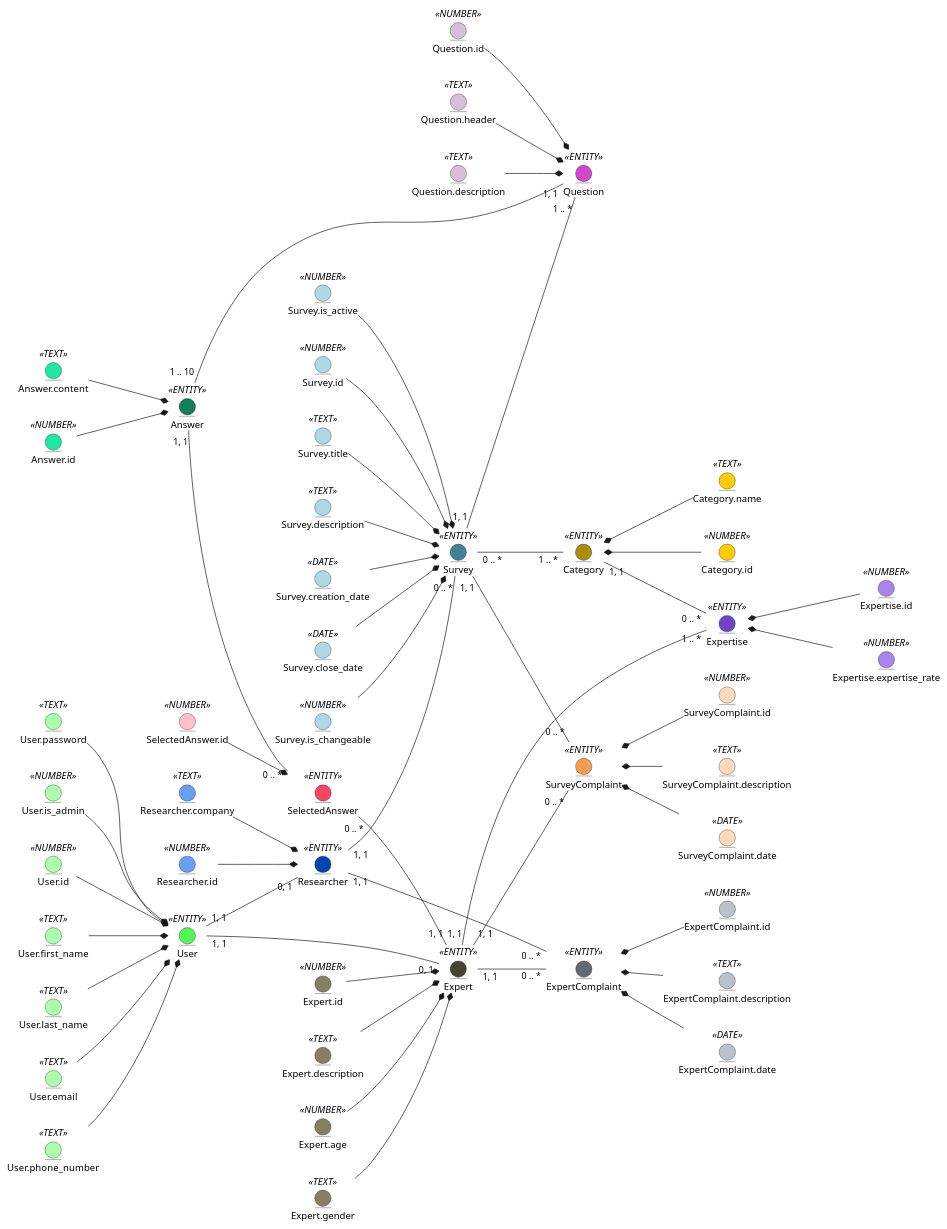
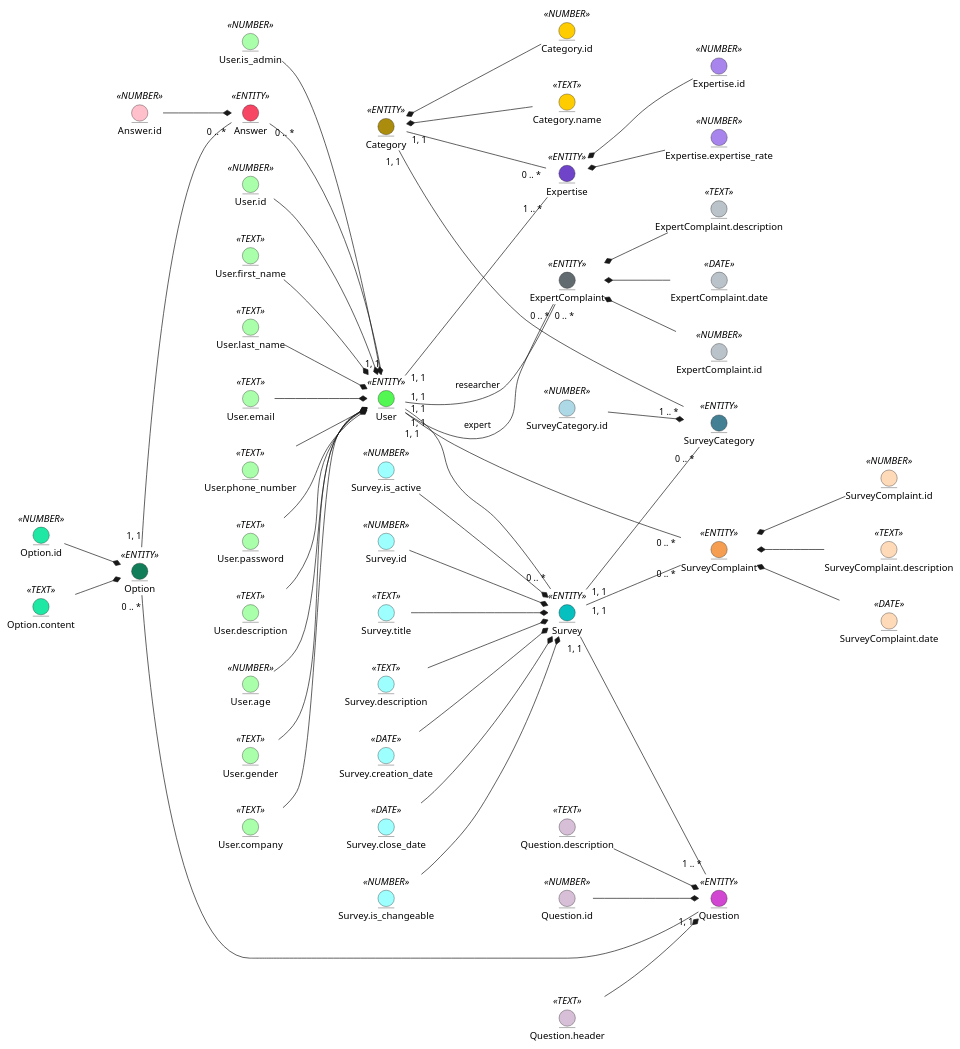
Before and after one commit to generalmaks/db_labs: the first of 2 diagrams in docs/design.md, drawn with PlantUML.

Commit message:
Update business object model

```diff
--- a/docs/design.md
+++ b/docs/design.md
@@ -22,6 +22,10 @@
 entity User.email <<TEXT>> #aaffaa
 entity User.phone_number <<TEXT>> #aaffaa
 entity User.password <<TEXT>> #aaffaa
+entity User.description <<TEXT>> #aaffaa
+entity User.age <<NUMBER>> #aaffaa
+entity User.gender <<TEXT>> #aaffaa
+entity User.company <<TEXT>> #aaffaa
 entity User.is_admin <<NUMBER>> #aaffaa
 
 User.id -d-* User
@@ -30,25 +34,11 @@
 User.email -d-* User
 User.phone_number -d-* User
 User.password -d-* User
+User.description -d-* User
+User.age -d-* User
+User.gender -d-* User
+User.company -d-* User
 User.is_admin -d-* User
-
-entity Researcher <<ENTITY>> #0044b0
-entity Researcher.id <<NUMBER>> #699ff5
-entity Researcher.company <<TEXT>> #699ff5
-
-Researcher.id -d-* Researcher
-Researcher.company -d-* Researcher
-
-entity Expert <<ENTITY>> #47442e
-entity Expert.id <<NUMBER>> #858063
-entity Expert.description <<TEXT>> #858063
-entity Expert.age <<NUMBER>> #858063
-entity Expert.gender <<TEXT>> #858063
-
-Expert.id -d-* Expert
-Expert.description -d-* Expert
-Expert.age -d-* Expert
-Expert.gender -d-* Expert
 
 entity SurveyComplaint <<ENTITY>> #f59e51
 entity SurveyComplaint.id <<NUMBER>> #FFDAB9
@@ -68,14 +58,14 @@
 ExpertComplaint.description -u-* ExpertComplaint
 ExpertComplaint.date -u-* ExpertComplaint
 
-entity Survey <<ENTITY>> #448094
-entity Survey.id <<NUMBER>> #ADD8E6
-entity Survey.title <<TEXT>> #ADD8E6
-entity Survey.description <<TEXT>> #ADD8E6
-entity Survey.creation_date <<DATE>> #ADD8E6
-entity Survey.close_date <<DATE>> #ADD8E6
-entity Survey.is_changeable <<NUMBER>> #ADD8E6
-entity Survey.is_active <<NUMBER>> #ADD8E6
+entity Survey <<ENTITY>> #06bfbf
+entity Survey.id <<NUMBER>> #9effff
+entity Survey.title <<TEXT>> #9effff
+entity Survey.description <<TEXT>> #9effff
+entity Survey.creation_date <<DATE>> #9effff
+entity Survey.close_date <<DATE>> #9effff
+entity Survey.is_changeable <<NUMBER>> #9effff
+entity Survey.is_active <<NUMBER>> #9effff
 
 Survey.id -d-* Survey
 Survey.title -d-* Survey
@@ -94,12 +84,12 @@
 Question.header -d-* Question
 Question.description -d-* Question
 
-entity Answer <<ENTITY>> #117d59
-entity Answer.id <<NUMBER>> #1ee8a4
-entity Answer.content <<TEXT>> #1ee8a4
+entity Option <<ENTITY>> #117d59
+entity Option.id <<NUMBER>> #1ee8a4
+entity Option.content <<TEXT>> #1ee8a4
 
-Answer.id -d-* Answer
-Answer.content -d-* Answer
+Option.id -d-* Option
+Option.content -d-* Option
 
 entity Category <<ENTITY>> #ab8c0c
 entity Category.id <<NUMBER>> #FFCC00
@@ -108,10 +98,10 @@
 Category.id -u-* Category
 Category.name -u-* Category
 
-entity SelectedAnswer <<ENTITY>> #f74564
-entity SelectedAnswer.id <<NUMBER>> #FFC0CB
+entity Answer <<ENTITY>> #f74564
+entity Answer.id <<NUMBER>> #FFC0CB
 
-SelectedAnswer.id -d-* SelectedAnswer
+Answer.id -d-* Answer
 
 entity Expertise <<ENTITY>> #6f44c9
 entity Expertise.id <<NUMBER>> #a785ed
@@ -120,20 +110,24 @@
 Expertise.id -u-* Expertise
 Expertise.expertise_rate -u-* Expertise
 
+entity SurveyCategory <<ENTITY>> #448094
+entity SurveyCategory.id <<NUMBER>> #ADD8E6
 
-Researcher "0, 1" -u- "1, 1" User
-Expert "0, 1" -u- "1, 1" User
-Researcher "1, 1" -d- "0 .. *" Survey
-Researcher "1, 1" -d- "0 .. *" ExpertComplaint
+SurveyCategory.id --* SurveyCategory
+
+
+User "1, 1" -d- "0 .. *" Survey
+User "1, 1" -d- "0 .. *" ExpertComplaint :expert
 Survey "1, 1" -d- "1 .. *" Question
-Survey "0 .. *" -d- "1 .. *" Category
+Survey "1, 1" -d- "0 .. *" SurveyCategory
+Category "1, 1" -- "1 .. *" SurveyCategory
 Survey "1, 1" -d- "0 .. *" SurveyComplaint
-Question "1, 1" -u- "1 .. 10" Answer
-Answer "1, 1" -d- "0 .. *" SelectedAnswer
-SelectedAnswer "0 .. *" -d- "1, 1" Expert
-Expert "1, 1" -d- "0 .. *" SurveyComplaint
-ExpertComplaint "0 .. *" -u- "1, 1" Expert
-Expert "1, 1" -d- "1 .. *" Expertise
+Question "1, 1" -u- "0 .. *" Option
+Option "1, 1" -d- "0 .. *" Answer
+Answer "0 .. *" -d- "1, 1" User
+User "1, 1" -d- "0 .. *" SurveyComplaint
+ExpertComplaint "0 .. *" -u- "1, 1" User :researcher
+User "1, 1" -d- "1 .. *" Expertise
 Expertise "0 .. *" -u- "1, 1" Category
 
 @enduml
```
